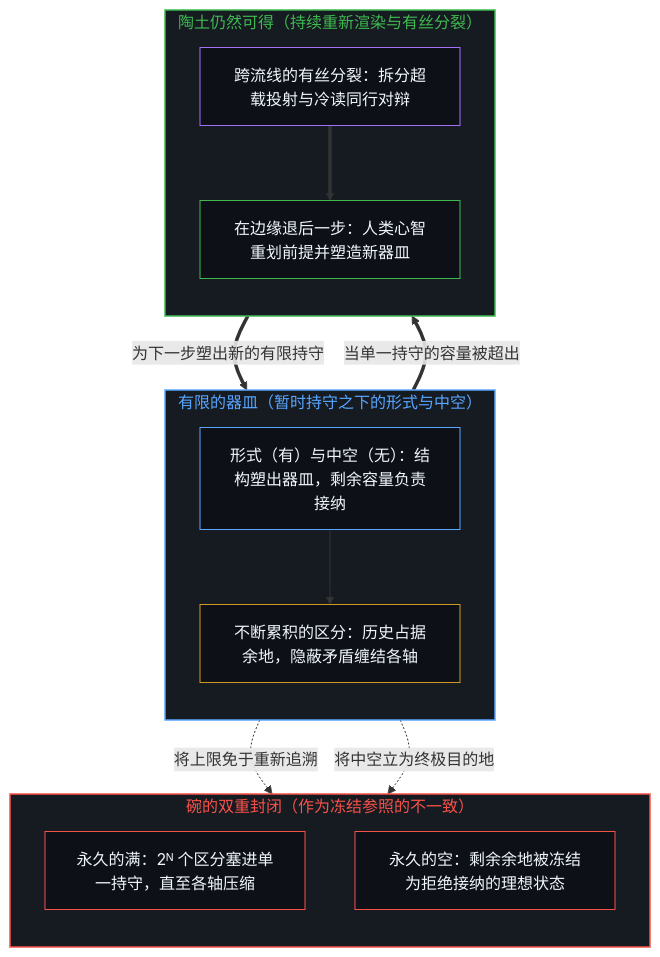
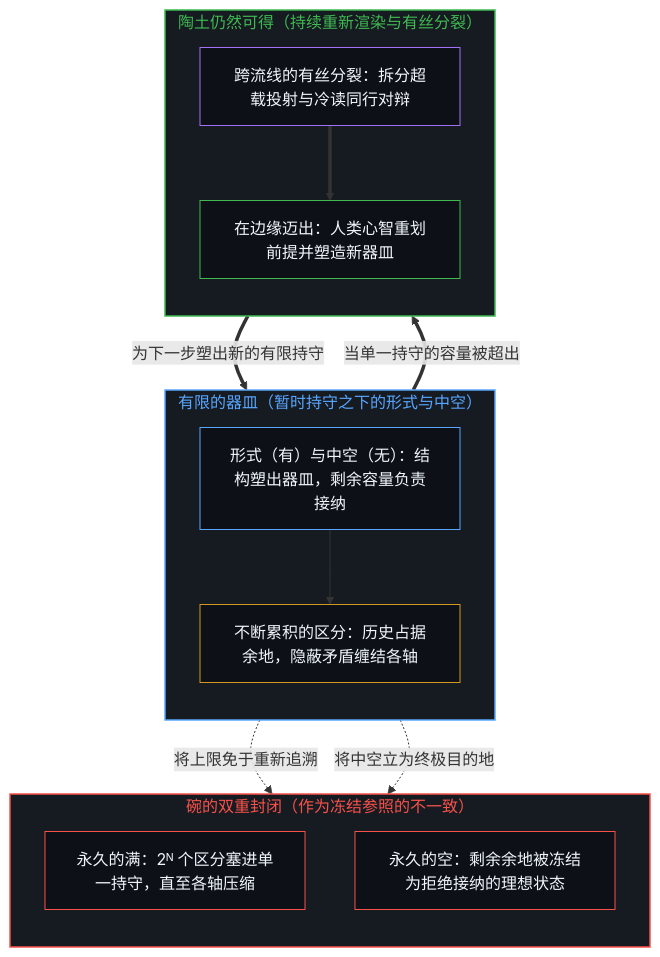
One commit to powerpig99/not-a-toe changed the first of 2 diagrams in content/posts/only-if-it-is-not-kept-empty.md. Above: the diagram before and after it, drawn with Mermaid. The commit also changed other lines of this file and 2 other files, not shown here.

````diff
--- a/content/posts/only-if-it-is-not-kept-empty.md
+++ b/content/posts/only-if-it-is-not-kept-empty.md
@@ -37,33 +37,33 @@
 ```mermaid
 flowchart TD
     subgraph S_Vessel["有限的器皿（暂时持守之下的形式与中空）"]
         direction TB
         V_Form["形式（有）与中空（无）：结构塑出器皿，剩余容量负责接纳"]
         V_Load["不断累积的区分：历史占据余地，隐蔽矛盾缠结各轴"]
         V_Form --> V_Load
     end
     subgraph S_Freeze["碗的双重封闭（作为冻结参照的不一致）"]
         direction TB
         F_Full["永久的满：2ᴺ 个区分塞进单一持守，直至各轴压缩"]
         F_Empty["永久的空：剩余余地被冻结为拒绝接纳的理想状态"]
     end
     subgraph S_Open["陶土仍然可得（持续重新渲染与有丝分裂）"]
         direction TB
         O_Mitosis["跨流线的有丝分裂：拆分超载投射与冷读同行对辩"]
-        O_Edge["在边缘退后一步：人类心智重划前提并塑造新器皿"]
+        O_Edge["在边缘迈出：人类心智重划前提并塑造新器皿"]
         O_Mitosis ==> O_Edge
     end
     V_Load -.->|"将上限免于重新追溯"| F_Full
     V_Form -.->|"将中空立为终极目的地"| F_Empty
     V_Load ==>|"当单一持守的容量被超出"| O_Mitosis
     O_Edge ==>|"为下一步塑出新的有限持守"| V_Form
     style S_Vessel fill:#161b22,stroke:#58a6ff,stroke-width:1.5px,color:#58a6ff
     style S_Freeze fill:#161b22,stroke:#f85149,stroke-width:1.5px,color:#f85149
     style S_Open fill:#161b22,stroke:#3fb950,stroke-width:1.5px,color:#3fb950
     style V_Form fill:#0d1117,stroke:#58a6ff,stroke-width:1px,color:#f0f6fc
     style V_Load fill:#0d1117,stroke:#d29922,stroke-width:1px,color:#f0f6fc
     style F_Full fill:#0d1117,stroke:#f85149,stroke-width:1px,color:#f0f6fc
     style F_Empty fill:#0d1117,stroke:#f85149,stroke-width:1px,color:#f0f6fc
     style O_Mitosis fill:#0d1117,stroke:#a371f7,stroke-width:1px,color:#f0f6fc
     style O_Edge fill:#0d1117,stroke:#3fb950,stroke-width:1px,color:#f0f6fc
 ```
````
